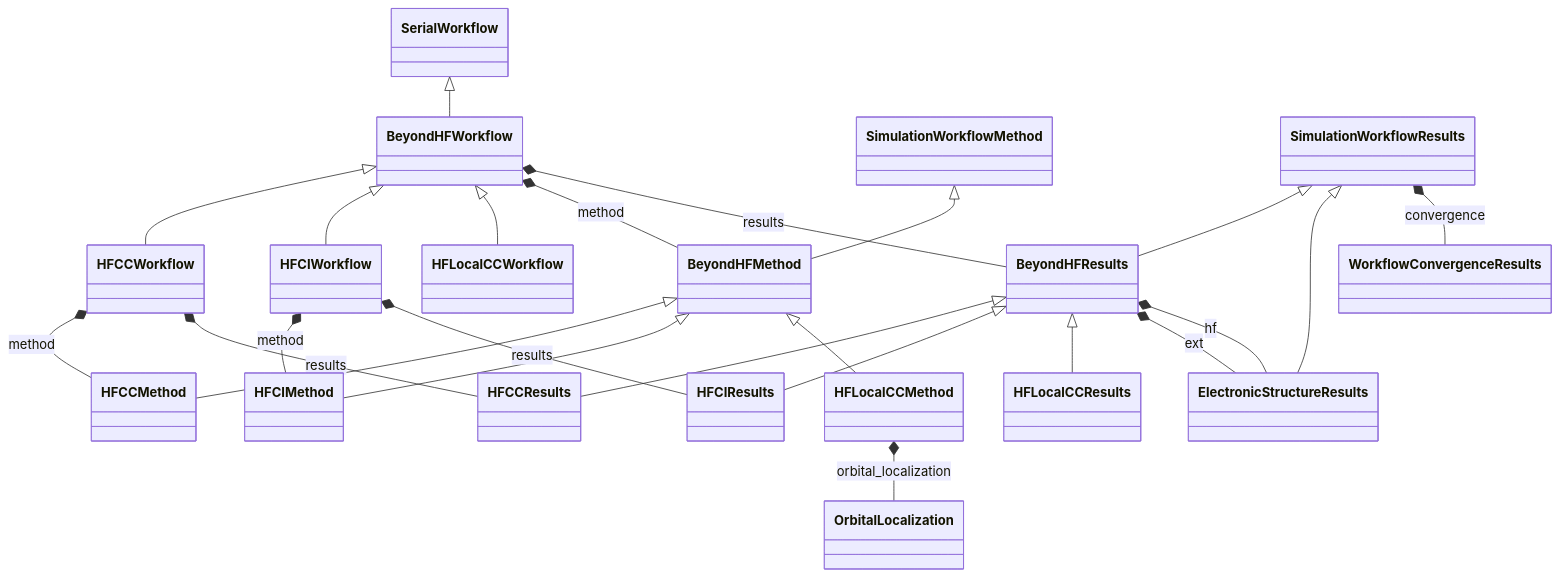
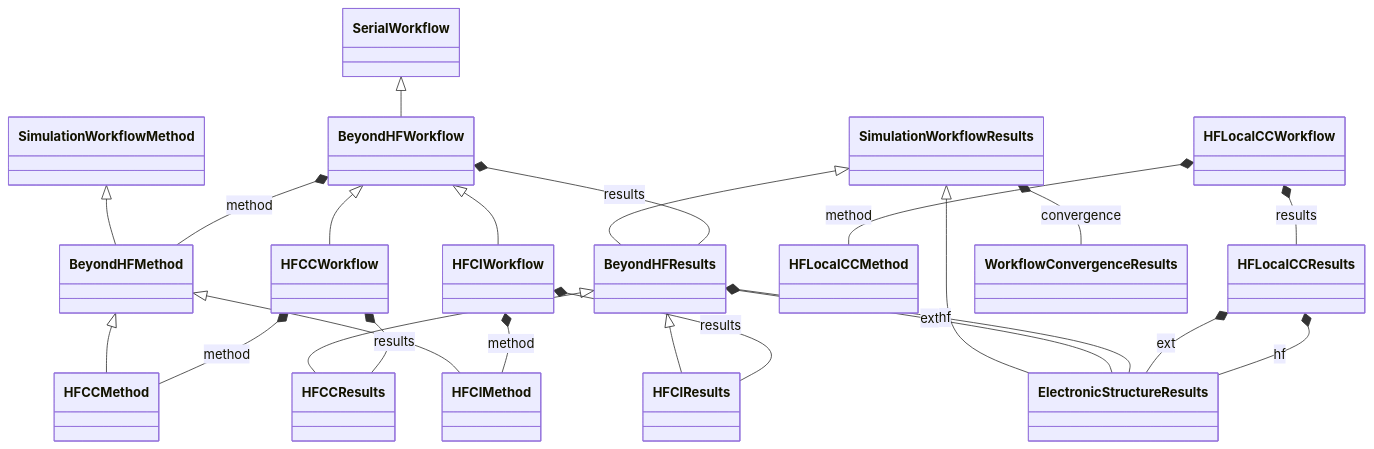
Before and after one commit to FAIRmat-NFDI/nomad-simulations: the diagram in docs/schema/workflow_beyond_hf.md, drawn with Mermaid. The commit also changed 8 other files, not shown here.

````diff
--- a/docs/schema/workflow_beyond_hf.md
+++ b/docs/schema/workflow_beyond_hf.md
@@ -11,44 +11,43 @@
 ```mermaid
 classDiagram
     class BeyondHFMethod
     class BeyondHFResults
     class BeyondHFWorkflow
     class ElectronicStructureResults
     class HFCCMethod
     class HFCCResults
     class HFCCWorkflow
     class HFCIMethod
     class HFCIResults
     class HFCIWorkflow
     class HFLocalCCMethod
     class HFLocalCCResults
     class HFLocalCCWorkflow
-    class OrbitalLocalization
     class SerialWorkflow
     class SimulationWorkflowMethod
     class SimulationWorkflowResults
     class WorkflowConvergenceResults
     SimulationWorkflowMethod <|-- BeyondHFMethod
     SimulationWorkflowResults <|-- BeyondHFResults
     SerialWorkflow <|-- BeyondHFWorkflow
     SimulationWorkflowResults <|-- ElectronicStructureResults
     BeyondHFMethod <|-- HFCCMethod
     BeyondHFResults <|-- HFCCResults
     BeyondHFWorkflow <|-- HFCCWorkflow
     BeyondHFMethod <|-- HFCIMethod
     BeyondHFResults <|-- HFCIResults
     BeyondHFWorkflow <|-- HFCIWorkflow
-    BeyondHFMethod <|-- HFLocalCCMethod
-    BeyondHFResults <|-- HFLocalCCResults
-    BeyondHFWorkflow <|-- HFLocalCCWorkflow
     BeyondHFResults *-- ElectronicStructureResults : ext
     BeyondHFResults *-- ElectronicStructureResults : hf
     BeyondHFWorkflow *-- BeyondHFMethod : method
     BeyondHFWorkflow *-- BeyondHFResults : results
     HFCCWorkflow *-- HFCCMethod : method
     HFCCWorkflow *-- HFCCResults : results
     HFCIWorkflow *-- HFCIMethod : method
     HFCIWorkflow *-- HFCIResults : results
-    HFLocalCCMethod *-- OrbitalLocalization : orbital_localization
+    HFLocalCCResults *-- ElectronicStructureResults : ext
+    HFLocalCCResults *-- ElectronicStructureResults : hf
+    HFLocalCCWorkflow *-- HFLocalCCMethod : method
+    HFLocalCCWorkflow *-- HFLocalCCResults : results
     SimulationWorkflowResults *-- WorkflowConvergenceResults : convergence
 ```
````
